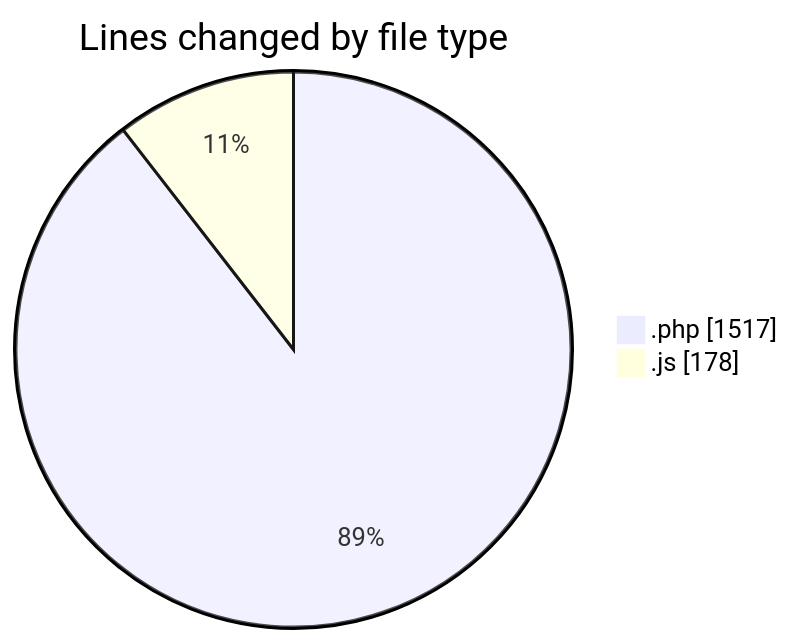
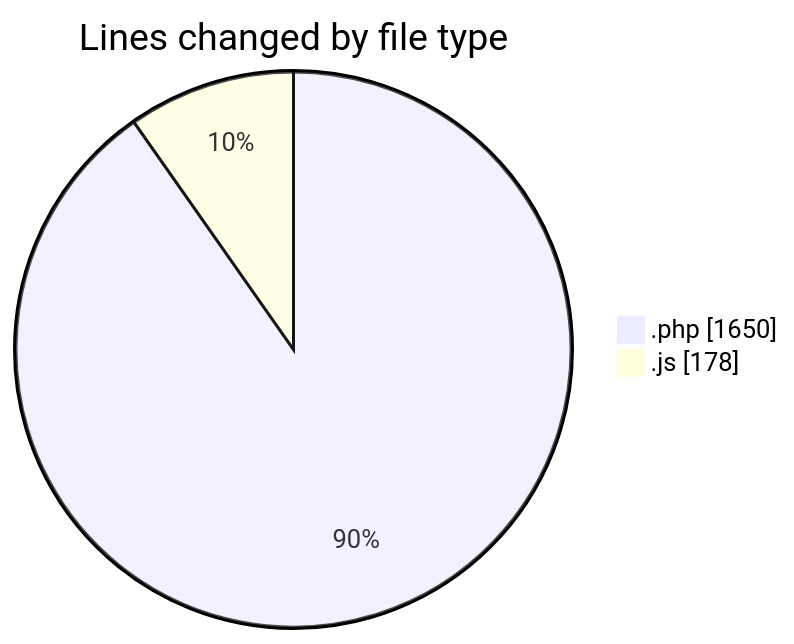
Before and after one commit to debugP/code-tracking: the first of 2 diagrams in 2026-07-09/wp-content/README.md, drawn with Mermaid. The commit also changed other lines of this file and 1 other file, not shown here.

````diff
--- a/2026-07-09/wp-content/README.md
+++ b/2026-07-09/wp-content/README.md
@@ -23,6 +23,6 @@
 ```mermaid
 pie showData
 title Lines changed by file type
-".php" : 1517
+".php" : 1650
 ".js" : 178
 ```
````
